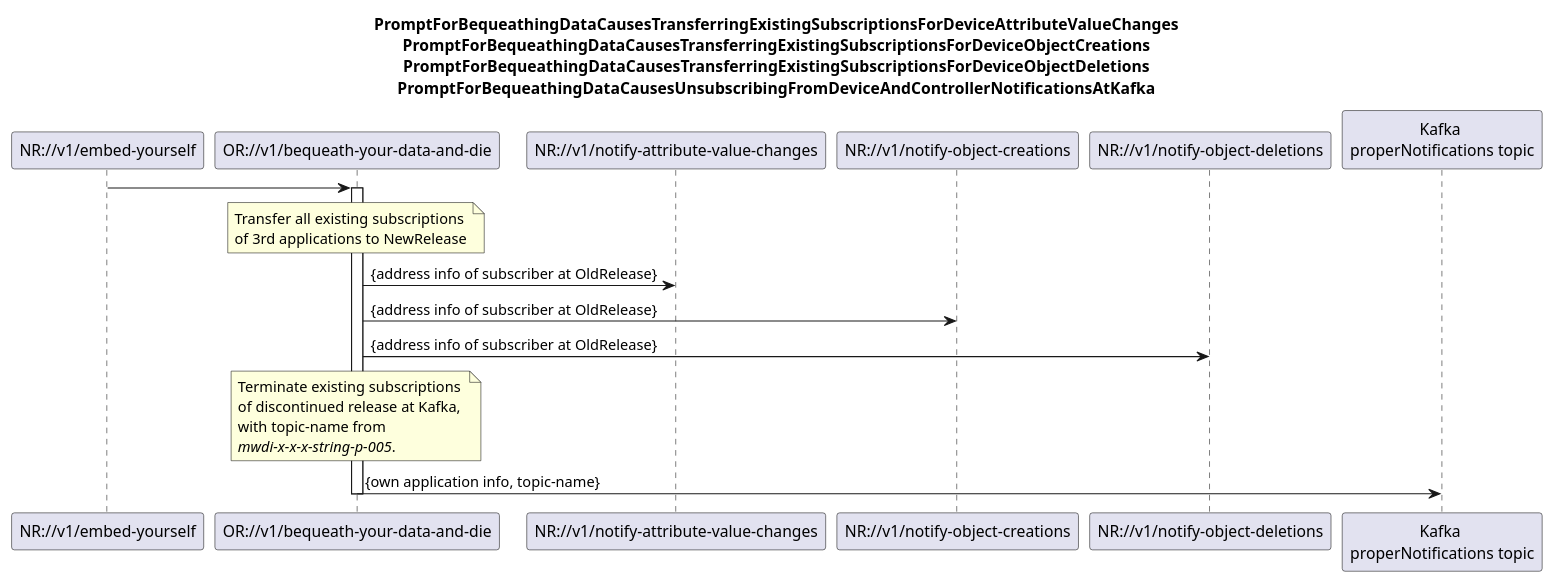
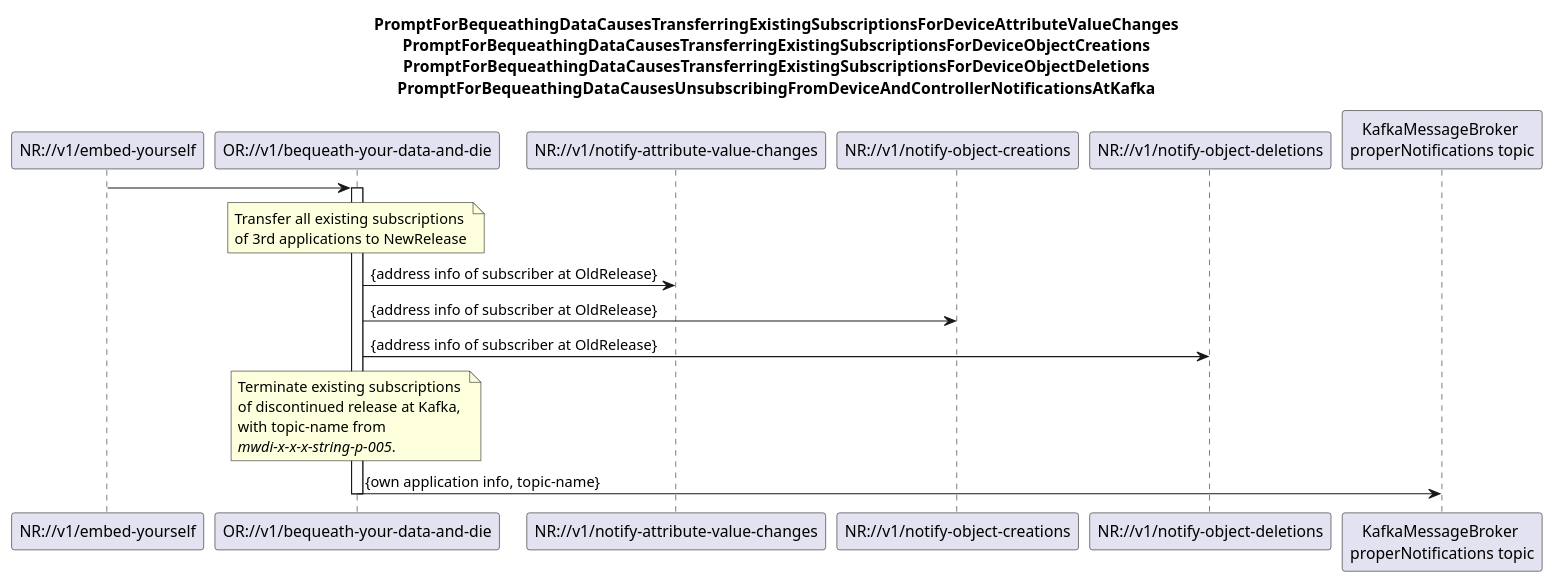
Before and after one commit to openBackhaul/MicroWaveDeviceInventory: the diagram in spec/diagrams/2_notification_new_diagrams/09x_BequeathYourDataAndDie.plantuml, drawn with PlantUML. The commit also changed 8 other files, not shown here.

```diff
--- a/spec/diagrams/2_notification_new_diagrams/09x_BequeathYourDataAndDie.plantuml
+++ b/spec/diagrams/2_notification_new_diagrams/09x_BequeathYourDataAndDie.plantuml
@@ -1,39 +1,39 @@
 @startuml 09x_BequeathYourDataAndDie
 skinparam responseMessageBelowArrow true
 
 title
 PromptForBequeathingDataCausesTransferringExistingSubscriptionsForDeviceAttributeValueChanges
 PromptForBequeathingDataCausesTransferringExistingSubscriptionsForDeviceObjectCreations
 PromptForBequeathingDataCausesTransferringExistingSubscriptionsForDeviceObjectDeletions
 PromptForBequeathingDataCausesUnsubscribingFromDeviceAndControllerNotificationsAtKafka
 end title
 
 participant "NR://v1/embed-yourself" as NewRelease
 participant "OR://v1/bequeath-your-data-and-die" as OldRelease
 participant "NR://v1/notify-attribute-value-changes" as notifyAttributeChange
 participant "NR://v1/notify-object-creations" as notifyObjectCreation
 participant "NR://v1/notify-object-deletions" as notifyObjectDeletion
-participant "Kafka \nproperNotifications topic" as endSubsriptionAtKafka
+participant "KafkaMessageBroker \nproperNotifications topic" as endSubsriptionAtKafka
 
 NewRelease -> OldRelease
 activate OldRelease
 
 note over OldRelease
 Transfer all existing subscriptions 
 of 3rd applications to NewRelease
 end note
 OldRelease -> notifyAttributeChange: {address info of subscriber at OldRelease}
 OldRelease -> notifyObjectCreation: {address info of subscriber at OldRelease}
 OldRelease -> notifyObjectDeletion: {address info of subscriber at OldRelease}
 
 note over OldRelease
 Terminate existing subscriptions 
 of discontinued release at Kafka,
 with topic-name from 
 <i>mwdi-x-x-x-string-p-005</i>.
 end note
 OldRelease -> endSubsriptionAtKafka: {own application info, topic-name}
 
 deactivate OldRelease
 
 @enduml
```
